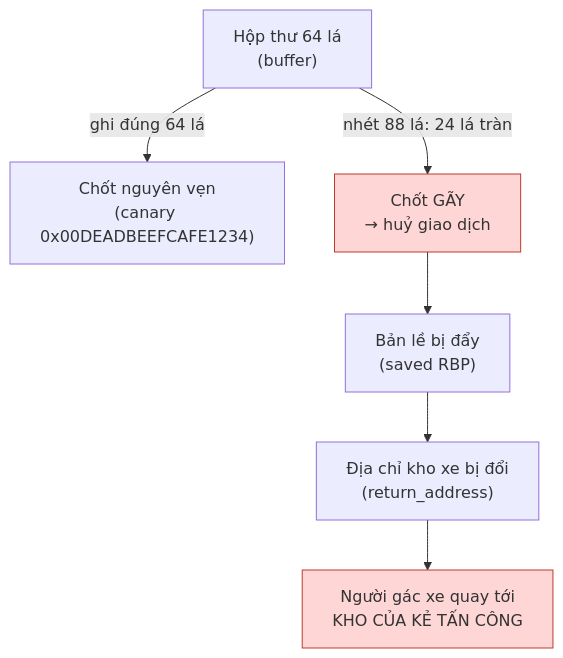
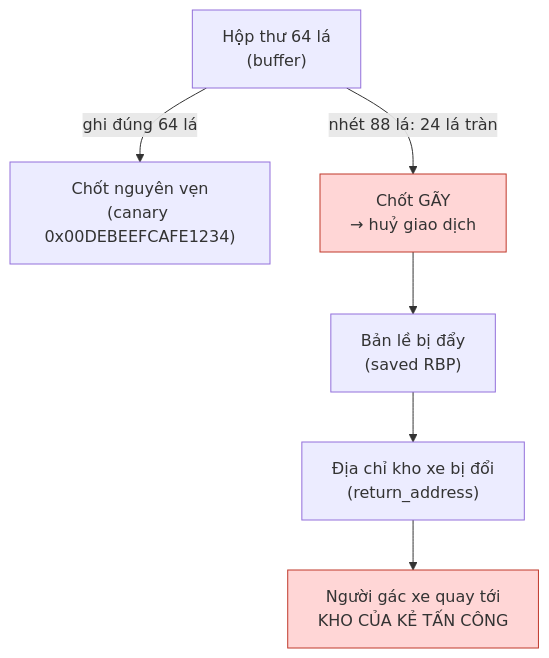
The first of 7 diagrams in chuong_98.md (vnknowledge2014/learn-rs), drawn with Mermaid before and after one commit. The commit also changed other lines of this file and 5 other files, not shown here.

````diff
--- a/chuong_98.md
+++ b/chuong_98.md
@@ -72,11 +72,11 @@
 ```mermaid
 flowchart TD
-    A["Hộp thư 64 lá<br/>(buffer)"] -->|"ghi đúng 64 lá"| B["Chốt nguyên vẹn<br/>(canary 0x00DEADBEEFCAFE1234)"]
+    A["Hộp thư 64 lá<br/>(buffer)"] -->|"ghi đúng 64 lá"| B["Chốt nguyên vẹn<br/>(canary 0x00DEBEEFCAFE1234)"]
     A -->|"nhét 88 lá: 24 lá tràn"| C["Chốt GÃY<br/>→ huỷ giao dịch"]
     C --> D["Bản lề bị đẩy<br/>(saved RBP)"]
     D --> E["Địa chỉ kho xe bị đổi<br/>(return_address)"]
     E --> F["Người gác xe quay tới<br/>KHO CỦA KẺ TẤN CÔNG"]
 
     style C fill:#ffd6d6,stroke:#c0392b
     style F fill:#ffd6d6,stroke:#c0392b
 ```
````
